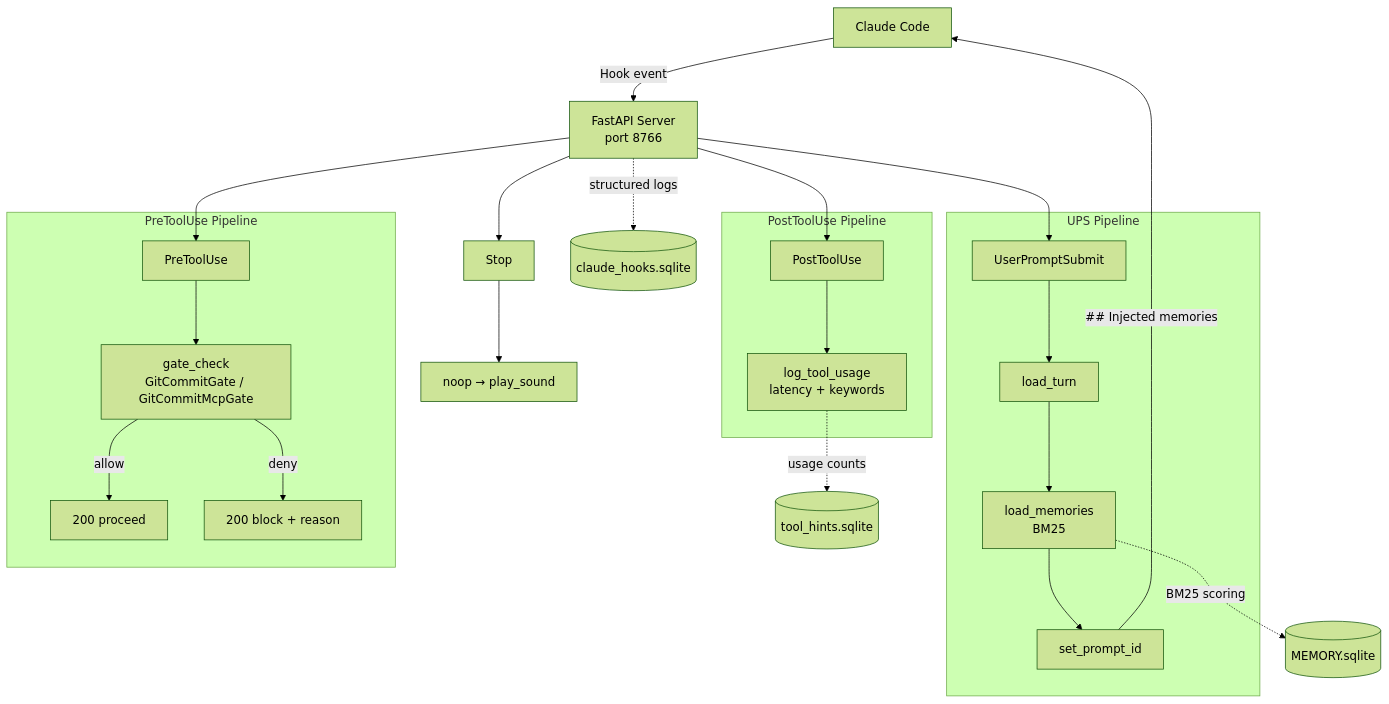
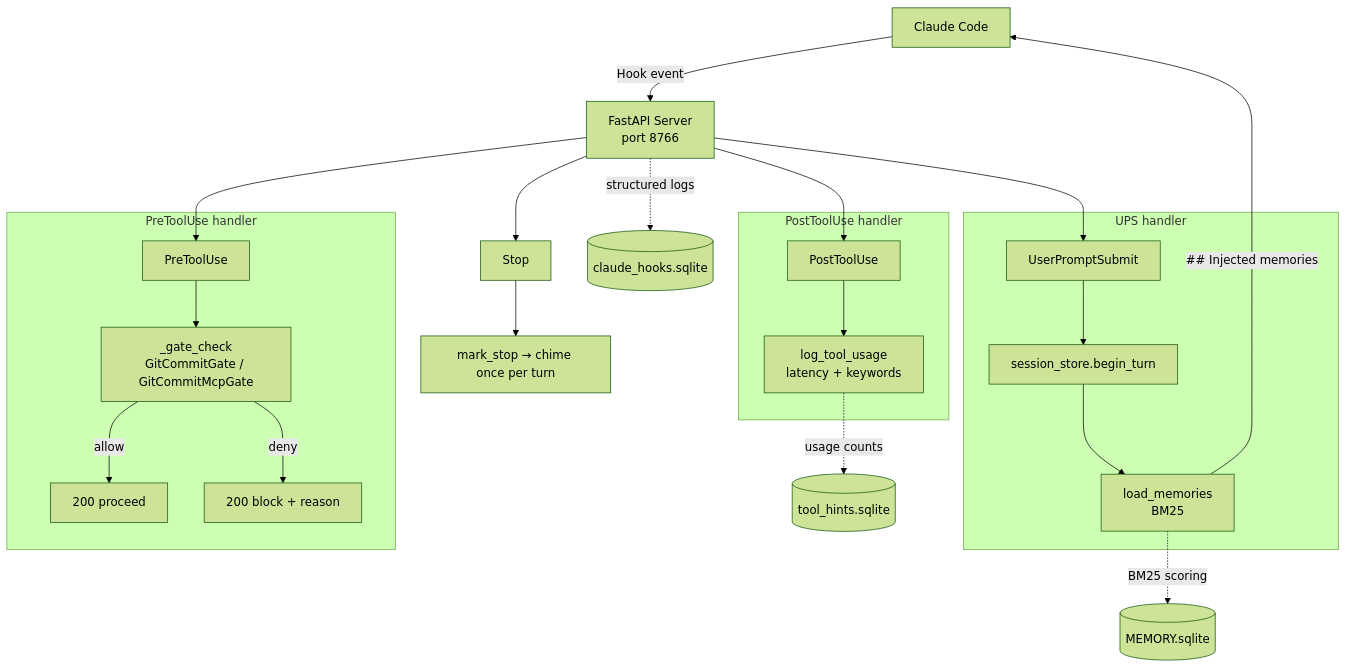
The diagram in docs/ARCHITECTURE.md (debaditya-mohankudo/claude-hooks), drawn with Mermaid (forest theme) before and after one commit. The commit also changed other lines of this file and 57 other files, not shown here.

First line of the commit message:
task:31fb711d Remove LangGraph: the dispatcher is the single orchestrator over a plain per-session store

````diff
--- a/docs/ARCHITECTURE.md
+++ b/docs/ARCHITECTURE.md
@@ -93,33 +92,32 @@
 ```mermaid
 flowchart TD
     CC[Claude Code] -->|Hook event| FS[FastAPI Server\nport 8766]
 
     FS --> UPS[UserPromptSubmit]
     FS --> PTU_pre[PreToolUse]
     FS --> PTU_post[PostToolUse]
     FS --> STOP[Stop]
 
-    subgraph UPS Pipeline
-        UPS --> LT[load_turn]
-        LT --> LM[load_memories\nBM25]
-        LM --> SP[set_prompt_id]
+    subgraph UPS handler
+        UPS --> BT[session_store.begin_turn]
+        BT --> LM[load_memories\nBM25]
     end
 
-    subgraph PreToolUse Pipeline
-        PTU_pre --> GC[gate_check\nGitCommitGate / GitCommitMcpGate]
+    subgraph PreToolUse handler
+        PTU_pre --> GC[_gate_check\nGitCommitGate / GitCommitMcpGate]
         GC -->|allow| ALLOW[200 proceed]
         GC -->|deny| BLOCK[200 block + reason]
     end
 
-    subgraph PostToolUse Pipeline
+    subgraph PostToolUse handler
         PTU_post --> LU[log_tool_usage\nlatency + keywords]
     end
 
-    STOP --> NOOP[noop → play_sound]
+    STOP --> MS[mark_stop → chime once per turn]
 
-    SP -->|"## Injected memories"| CC
+    LM -->|"## Injected memories"| CC
 
     LM -.->|BM25 scoring| MEMDB[(MEMORY.sqlite)]
     LU -.->|usage counts| THDB[(tool_hints.sqlite)]
     FS -.->|structured logs| LOGDB[(claude_hooks.sqlite)]
 ```
````
